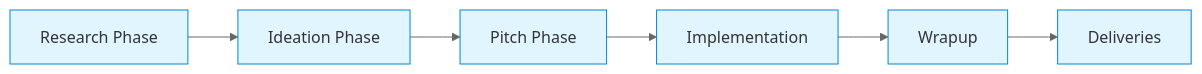
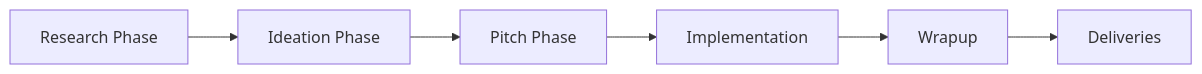
Before and after one commit to masyl/outside: the diagram in outside-design/docs/design-process/index.md, drawn with Mermaid. The commit also changed 4 other files, not shown here.

Commit message:
Upgrade VitePress to 2.0.0-alpha.15 for Mermaid support

````diff
--- a/outside-design/docs/design-process/index.md
+++ b/outside-design/docs/design-process/index.md
@@ -9,14 +9,13 @@
 ```mermaid
-%%{init: {'theme': 'base', 'themeVariables': { 'primaryColor': '#e1f5fe', 'primaryBorderColor': '#0288d1', 'lineColor': '#666', 'primaryTextColor': '#333'}}}%%
-flowchart LR
+graph LR
     A[Research Phase] --> B[Ideation Phase]
     B --> C[Pitch Phase]
     C --> D[Implementation]
     D --> E[Wrapup]
     E --> F[Deliveries]
 
     click A "/design-process/research"
     click B "/design-process/ideation"
     click C "/design-process/pitch-phase"
     click F "/deliveries/"
 ```
````
